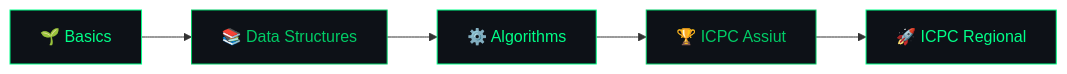
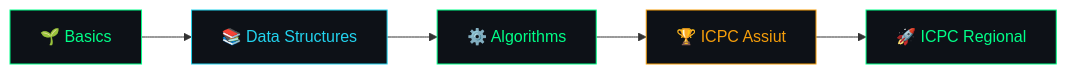
Before and after one commit to hamza-ahmed26/hamza-ahmed26: the diagram in README.md, drawn with Mermaid. The commit also changed other lines of this file, not shown here.

````diff
--- a/README.md
+++ b/README.md
@@ -282,12 +323,12 @@
 ```mermaid
 graph LR
     A[🌱 Basics] --> B[📚 Data Structures]
     B --> C[⚙️ Algorithms]
     C --> D[🏆 ICPC Assiut]
     D --> E[🚀 ICPC Regional]
     style A fill:#0d1117,stroke:#00ff88,color:#00ff88
-    style B fill:#0d1117,stroke:#00cc66,color:#00cc66
+    style B fill:#0d1117,stroke:#22d3ee,color:#22d3ee
     style C fill:#0d1117,stroke:#00ff88,color:#00ff88
-    style D fill:#0d1117,stroke:#00cc66,color:#00cc66
+    style D fill:#0d1117,stroke:#f59e0b,color:#f59e0b
     style E fill:#0d1117,stroke:#00ff88,color:#00ff88
 ```
````
